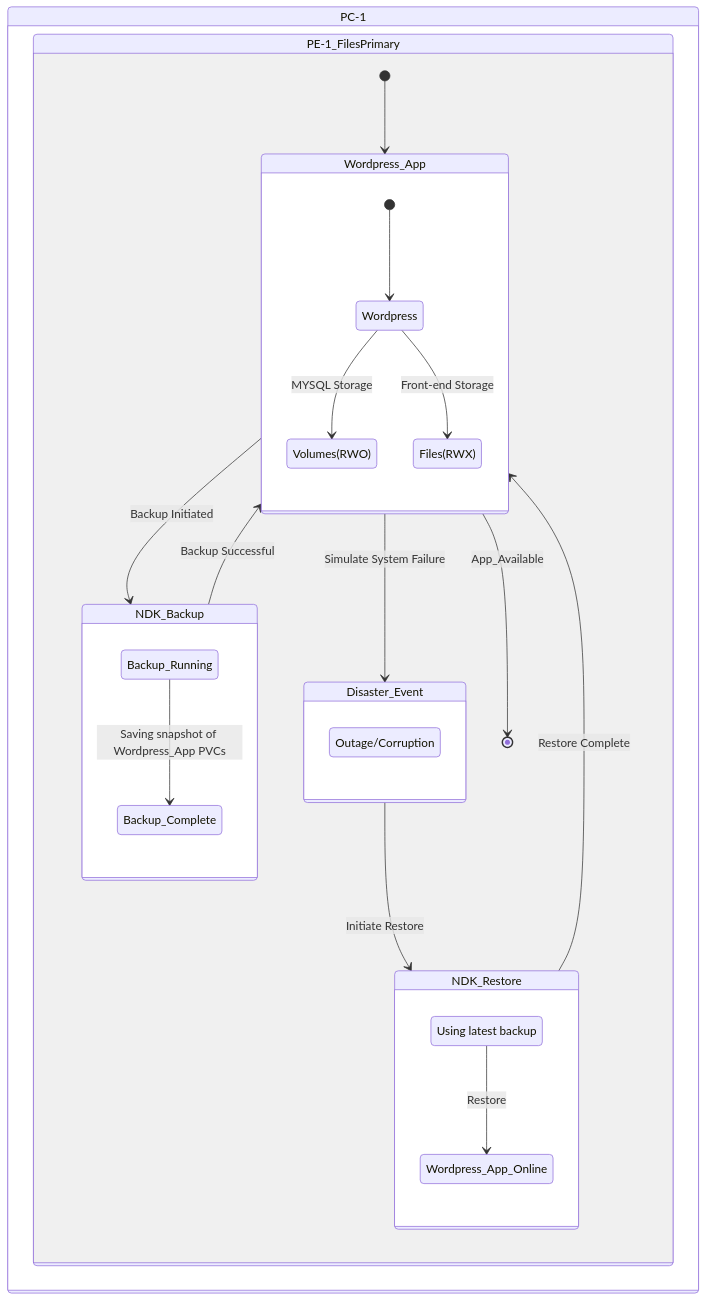
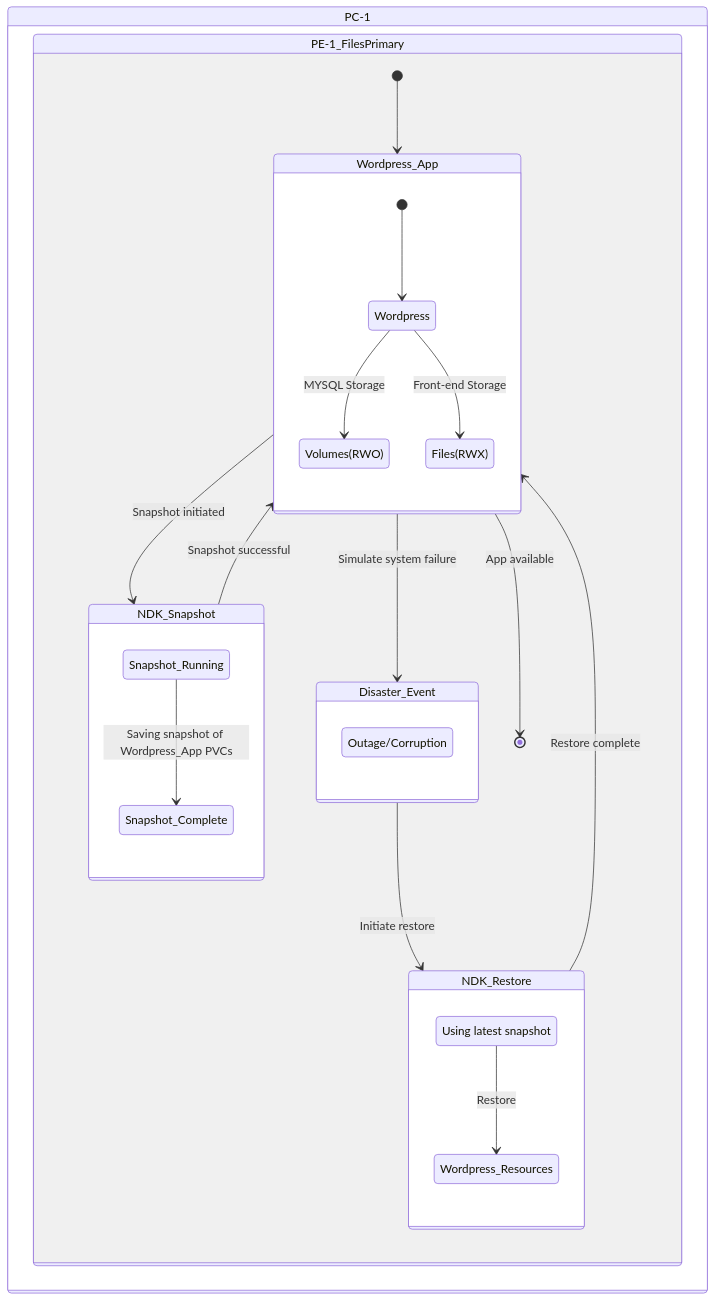
The diagram in docs/nkp_ndk/nkp_ndk_singlek8s_files.md (nutanix-japan/nai-llm), drawn with Mermaid before and after one commit. The commit also changed other lines of this file and 2 other files, not shown here.

Commit message:
add: Files RWX backup/restore - replication to site B

````diff
--- a/docs/nkp_ndk/nkp_ndk_singlek8s_files.md
+++ b/docs/nkp_ndk/nkp_ndk_singlek8s_files.md
@@ -26,40 +26,40 @@
 ```mermaid
 stateDiagram-v2
     direction LR
     State PC-1 {
        State PE-1_FilesPrimary {
              %% Start point within the lifecycle container
              [*] --> Wordpress_App
      
              state Wordpress_App {
                  [*] --> Wordpress
                  Wordpress --> Volumes(RWO) : MYSQL Storage
-                 Wordpress --> Files(RWX) : Front-end Storage
+                 Wordpress --> Files(RWX)  : Front-end Storage
              }
      
-             state NDK_Backup {
-                 Backup_Running --> Backup_Complete : Saving snapshot of Wordpress_App PVCs
+             state NDK_Snapshot {
+                 Snapshot_Running --> Snapshot_Complete : Saving snapshot of Wordpress_App PVCs
              }
      
              state Disaster_Event {
                  System_Failure : Outage/Corruption
              }
      
              state NDK_Restore {
-                 Restore_Process : Using latest backup
-                 Restore_Process --> Wordpress_App_Online : Restore
+                 Restore_Process : Using latest snapshot
+                 Restore_Process --> Wordpress_Resources   : Restore
              }
      
              %% Define the flow inside the System_Lifecycle
-             Wordpress_App --> NDK_Backup : Backup Initiated
-             NDK_Backup --> Wordpress_App : Backup Successful
+             Wordpress_App --> NDK_Snapshot : Snapshot initiated
+             NDK_Snapshot --> Wordpress_App : Snapshot successful
      
-             Wordpress_App --> Disaster_Event : Simulate System Failure
-             Disaster_Event --> NDK_Restore : Initiate Restore
-             NDK_Restore --> Wordpress_App : Restore Complete
+             Wordpress_App --> Disaster_Event : Simulate system failure
+             Disaster_Event --> NDK_Restore : Initiate restore
+             NDK_Restore --> Wordpress_App : Restore complete
      
              %% End point for the entire lifecycle
-             Wordpress_App --> [*] : App_Available
+             Wordpress_App --> [*] : App available
           }
     }
 ```
````
